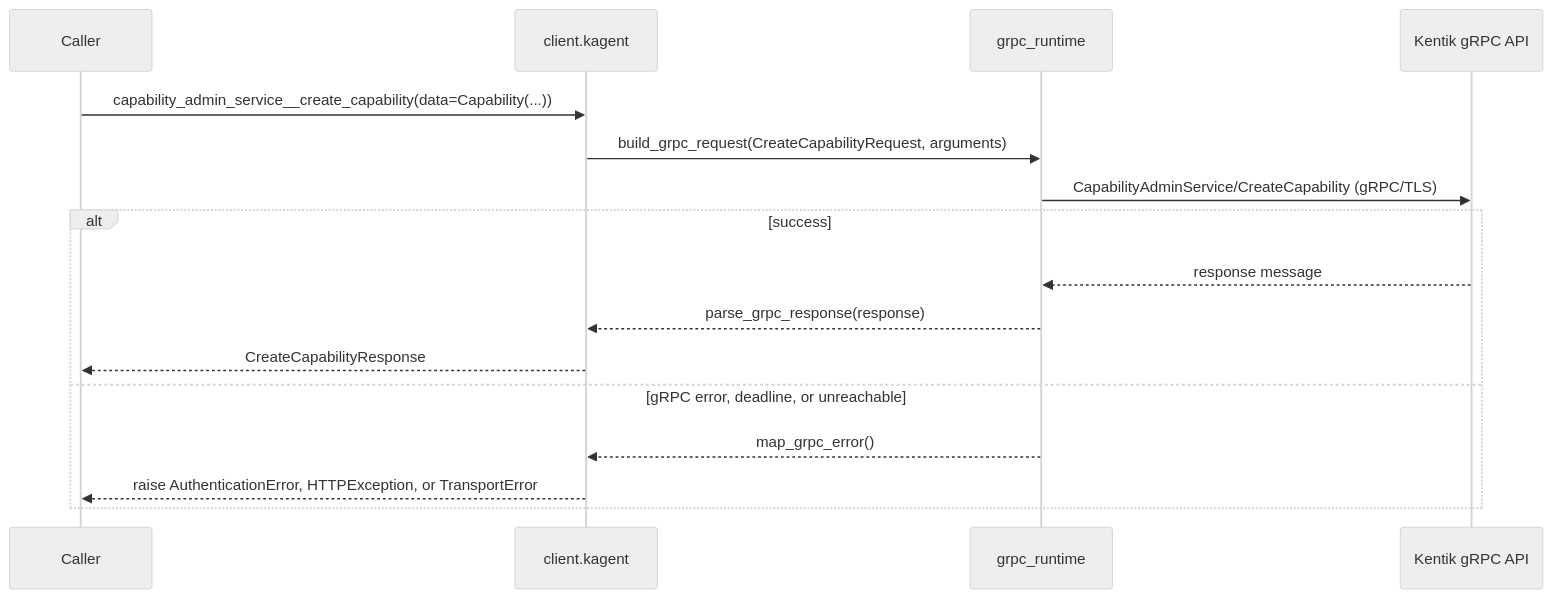
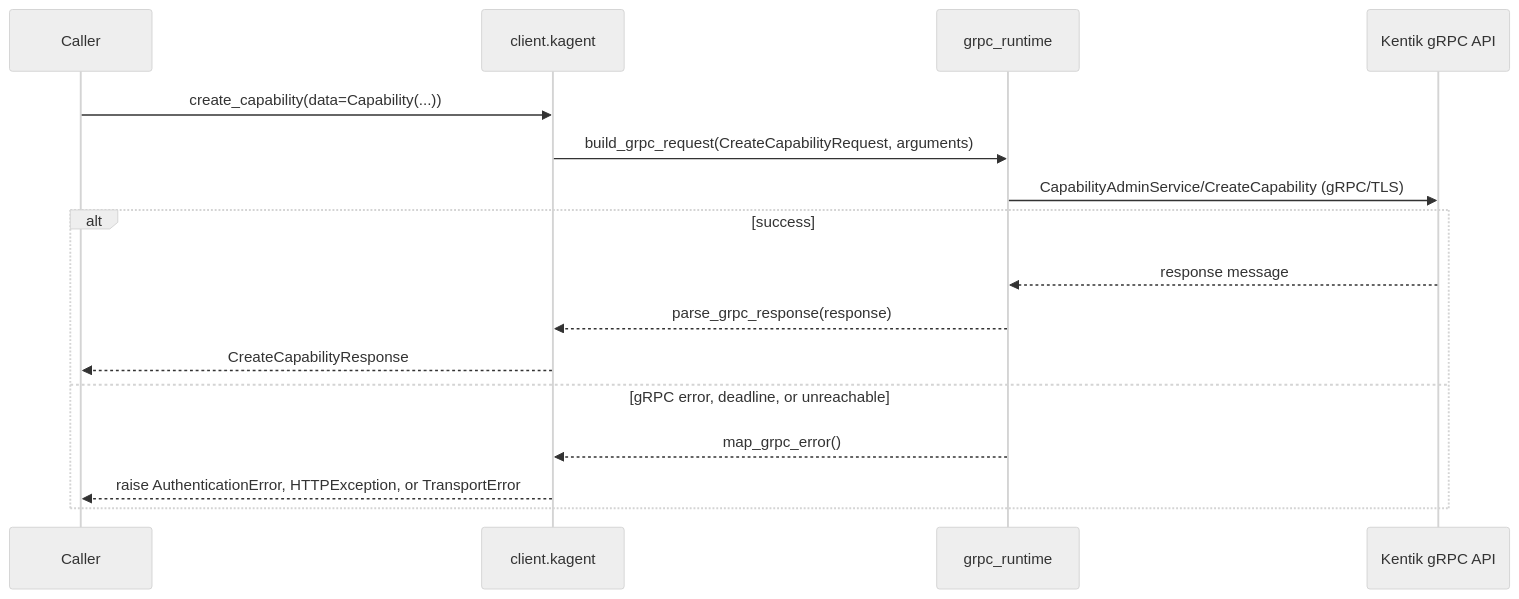
Before and after one commit to alexdearaujo/community_sdk_python: diagram 27 of 58 in docs/sphinx/services/kagent.md, drawn with Mermaid (neutral theme). The commit also changed other lines of this file and 10 other files, not shown here.

````diff
--- a/docs/sphinx/services/kagent.md
+++ b/docs/sphinx/services/kagent.md
@@ -980,19 +980,19 @@
 ```mermaid
 sequenceDiagram
     participant C as Caller
     participant W as client.kagent
     participant R as grpc_runtime
     participant API as Kentik gRPC API
 
-    C->>W: capability_admin_service__create_capability(data=Capability(...))
+    C->>W: create_capability(data=Capability(...))
     W->>R: build_grpc_request(CreateCapabilityRequest, arguments)
     R->>API: CapabilityAdminService/CreateCapability (gRPC/TLS)
     alt success
         API-->>R: response message
         R-->>W: parse_grpc_response(response)
         W-->>C: CreateCapabilityResponse
     else gRPC error, deadline, or unreachable
         R-->>W: map_grpc_error()
         W-->>C: raise AuthenticationError, HTTPException, or TransportError
     end
 ```
````
